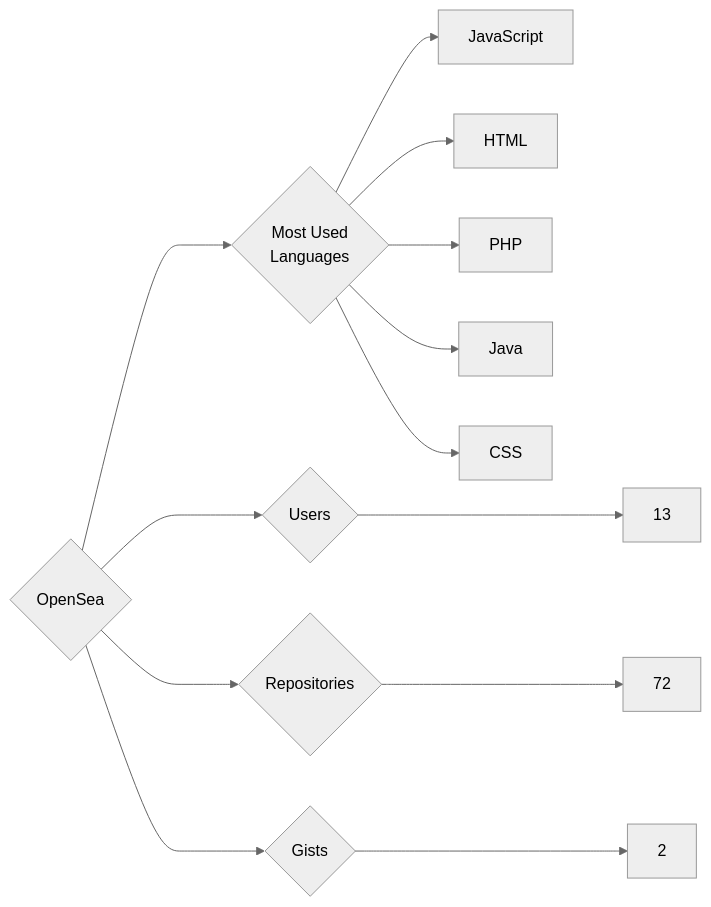
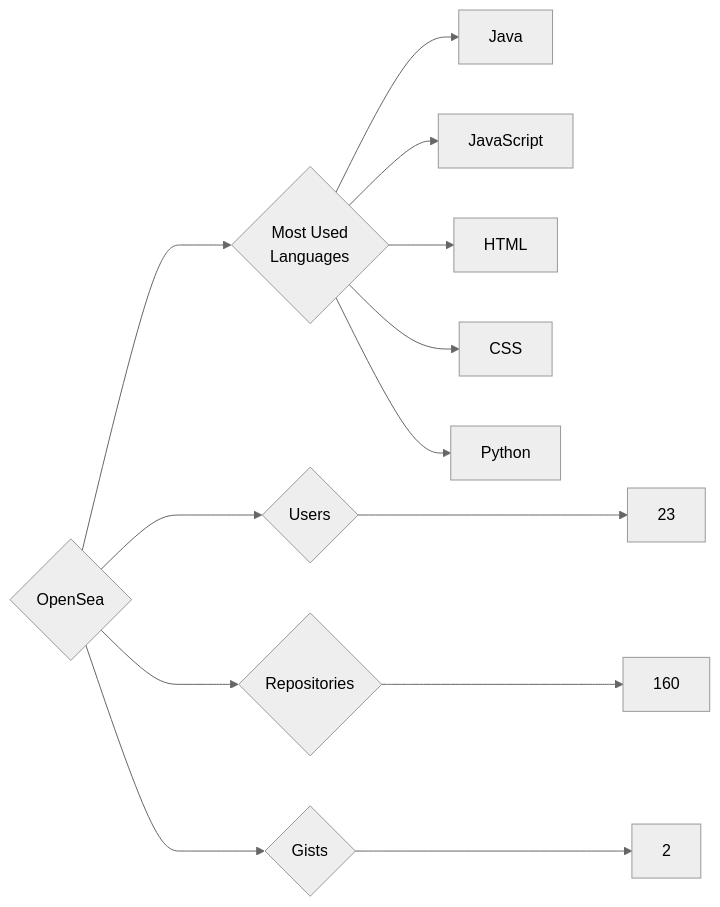
Before and after one commit to trickest/insiders: the diagram in targets/OpenSea/README.md, drawn with Mermaid (neutral theme). The commit also changed 823 other files, not shown here.

````diff
--- a/targets/OpenSea/README.md
+++ b/targets/OpenSea/README.md
@@ -3,13 +3,13 @@
 ```mermaid
 graph LR
 COMPANY_NAME{OpenSea}
-COMPANY_NAME ---> U{Users} ---> UN[13]
-COMPANY_NAME ---> R{Repositories} ---> RN[72]
+COMPANY_NAME ---> U{Users} ---> UN[23]
+COMPANY_NAME ---> R{Repositories} ---> RN[160]
 COMPANY_NAME ---> G{Gists} ---> GN[2]
 COMPANY_NAME ---> ML{Most Used<br>Languages}
+ML --> Java[Java]
 ML --> JavaScript[JavaScript]
 ML --> HTML[HTML]
-ML --> PHP[PHP]
-ML --> Java[Java]
 ML --> CSS[CSS]
+ML --> Python[Python]
 ```
````
